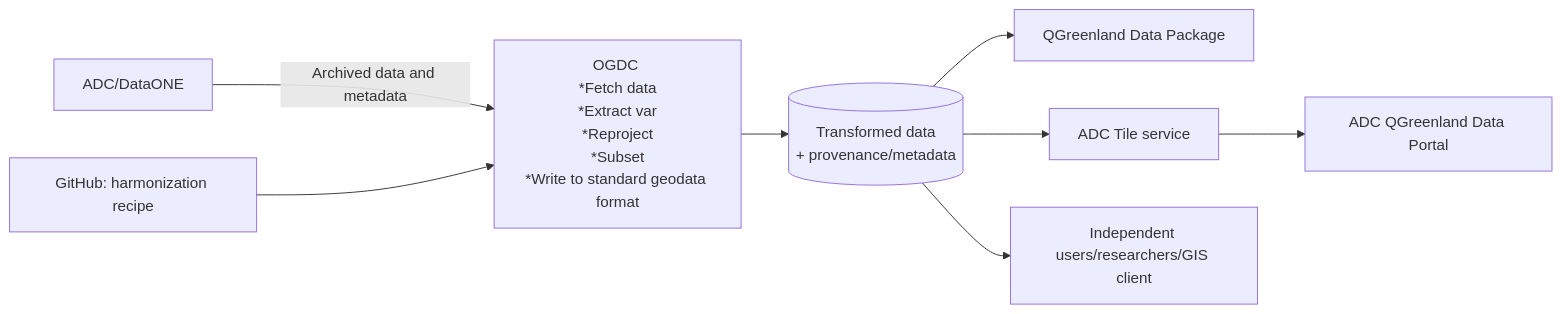
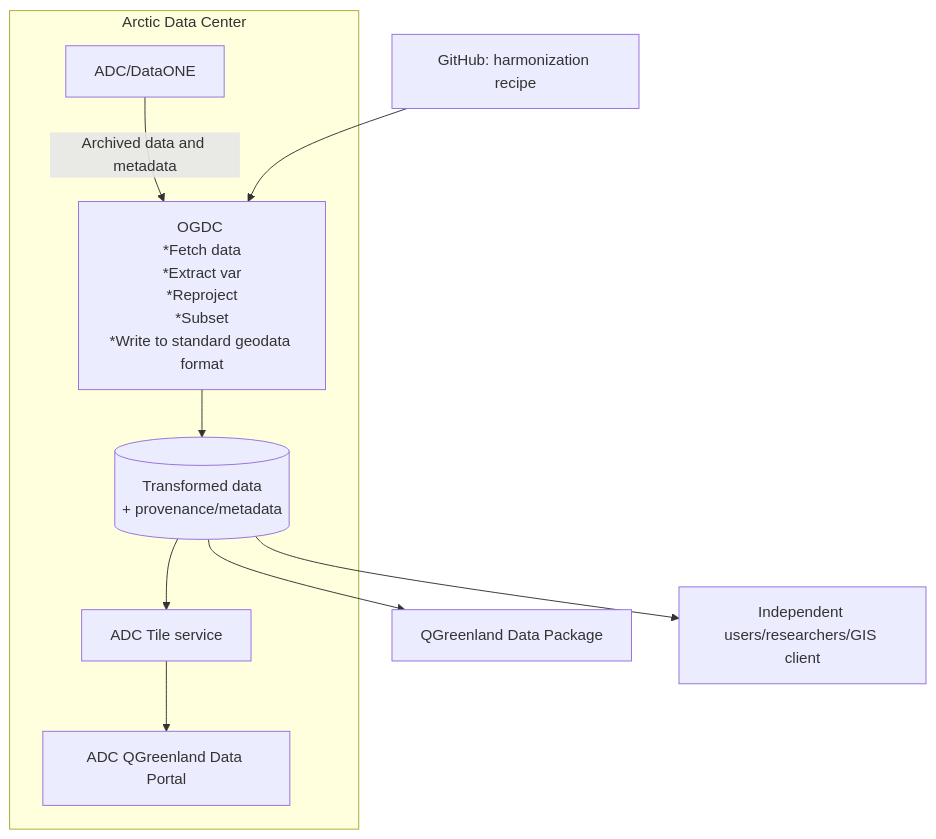
The diagram in diagrams/high-level-architecture.qmd (QGreenland-Net/qgreenland-net.github.io), drawn with Mermaid before and after one commit.

Commit message:
High-level architecture reorg flowchart into subgraph for ADC

````diff
--- a/diagrams/high-level-architecture.qmd
+++ b/diagrams/high-level-architecture.qmd
@@ -9,10 +9,12 @@
 ```{mermaid}
-flowchart LR
+flowchart TD
+    subgraph adc[Arctic Data Center]
     ADC[ADC/DataONE] -->|Archived data and metadata| OGDC[OGDC </br>*Fetch data</br>*Extract var</br>*Reproject</br>*Subset</br>*Write to standard geodata format]
-    RECIPE[GitHub: harmonization recipe] --> OGDC
     OGDC --> DATA_STORE[(Transformed data</br> + provenance/metadata)]
-    DATA_STORE --> QGR[QGreenland Data Package]
     DATA_STORE --> TILE_SERVICE[ADC Tile service] 
     TILE_SERVICE --> WEB_PORTAL[ADC QGreenland Data Portal]
+    end
+    RECIPE[GitHub: harmonization recipe] --> OGDC
+    DATA_STORE --> QGR[QGreenland Data Package]
     DATA_STORE --> OTHER[Independent users/researchers/GIS client]
 ```
````
